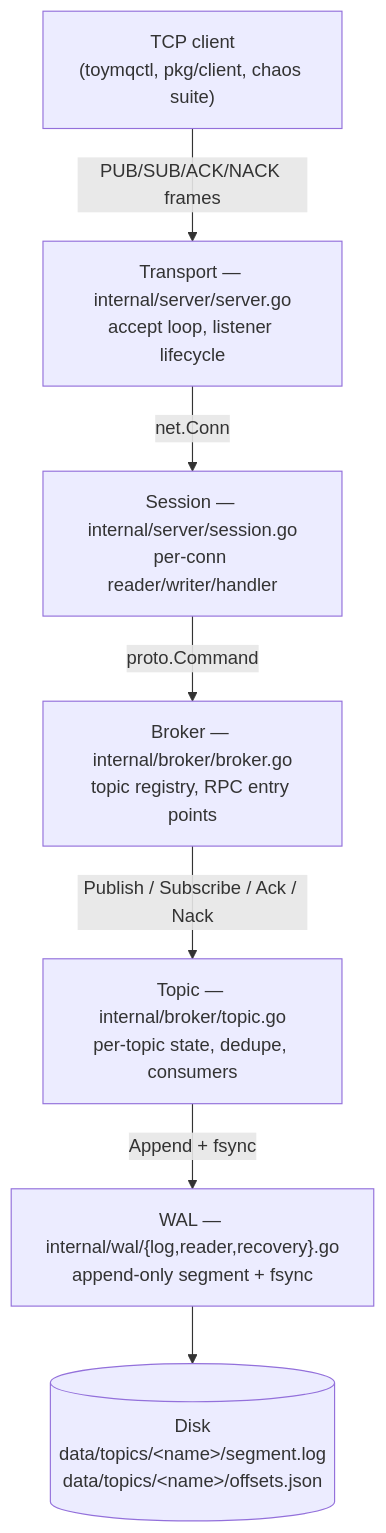
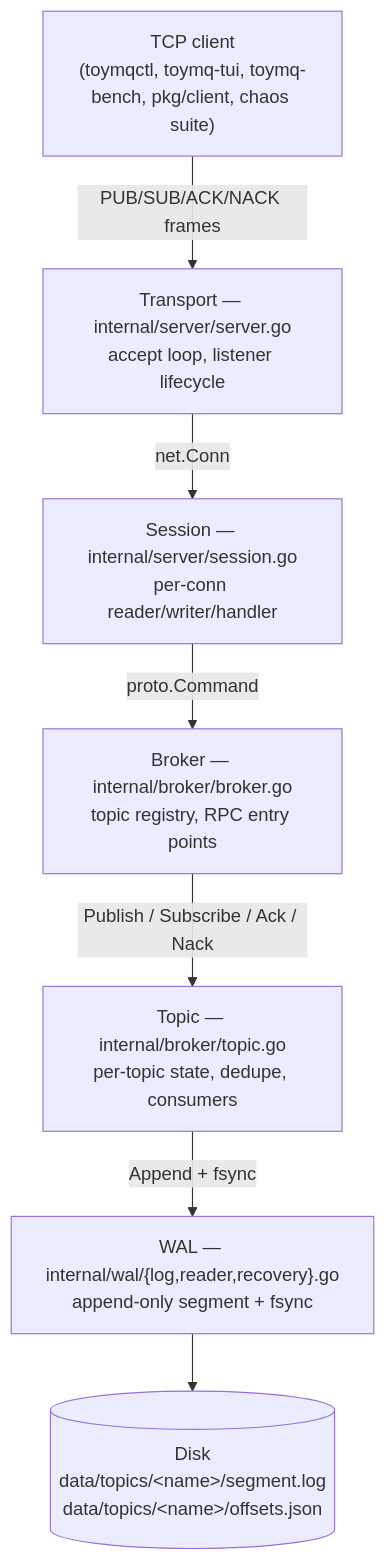
The first of 5 diagrams in docs/ARCHITECTURE.md (prajwalmahajan101/toymq), drawn with Mermaid before and after one commit. The commit also changed other lines of this file and 1 other file, not shown here.

First line of the commit message:
docs: reflect cmd/toymq-tui in ARCHITECTURE and CONCURRENCY

````diff
--- a/docs/ARCHITECTURE.md
+++ b/docs/ARCHITECTURE.md
@@ -19,17 +19,17 @@
 ```mermaid
 flowchart TD
-    Client["TCP client<br/>(toymqctl, pkg/client, chaos suite)"]
+    Client["TCP client<br/>(toymqctl, toymq-tui, toymq-bench, pkg/client, chaos suite)"]
     Transport["Transport — internal/server/server.go<br/>accept loop, listener lifecycle"]
     Session["Session — internal/server/session.go<br/>per-conn reader/writer/handler"]
     Broker["Broker — internal/broker/broker.go<br/>topic registry, RPC entry points"]
     Topic["Topic — internal/broker/topic.go<br/>per-topic state, dedupe, consumers"]
     WAL["WAL — internal/wal/{log,reader,recovery}.go<br/>append-only segment + fsync"]
     Disk[(Disk<br/>data/topics/&lt;name&gt;/segment.log<br/>data/topics/&lt;name&gt;/offsets.json)]
 
     Client -->|"PUB/SUB/ACK/NACK frames"| Transport
     Transport -->|"net.Conn"| Session
     Session -->|"proto.Command"| Broker
     Broker -->|"Publish / Subscribe / Ack / Nack"| Topic
     Topic -->|"Append + fsync"| WAL
     WAL --> Disk
 ```
````
